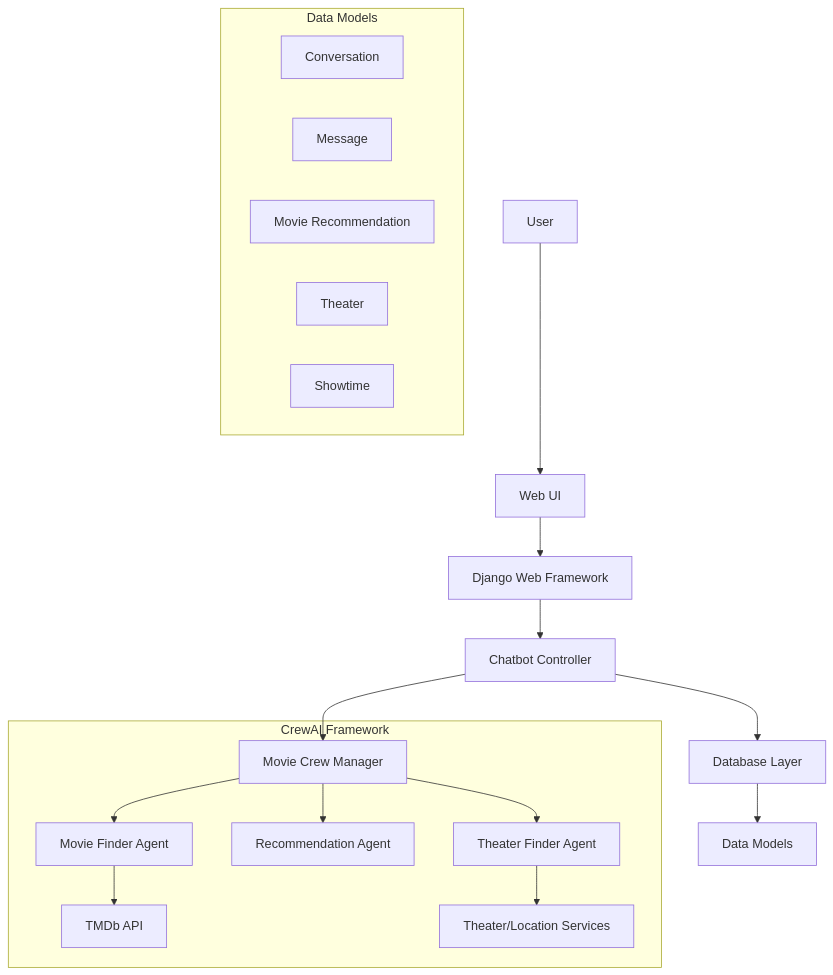
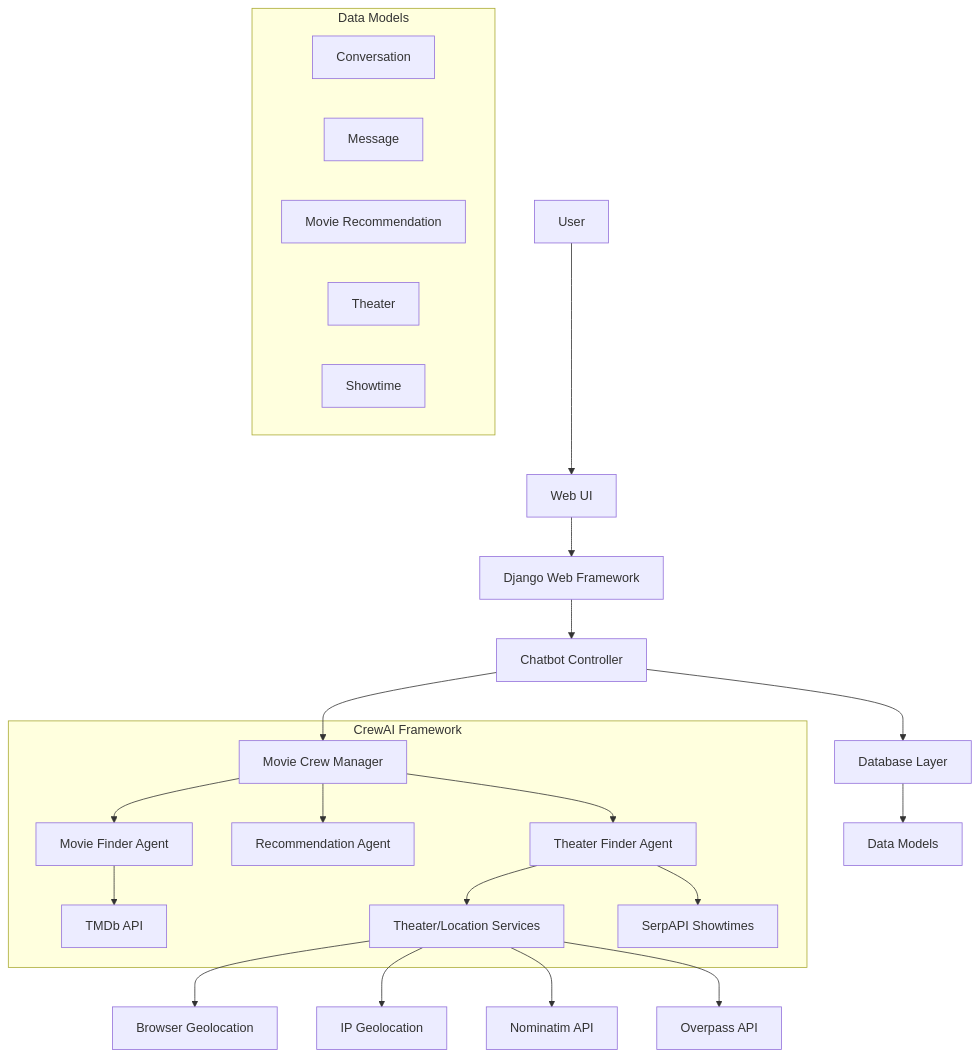
The first of 3 diagrams in py-django-crewai/docs/ARCHITECTURE.md (nkuhn-vmw/tanzu-genai-showcase), drawn with Mermaid before and after one commit. The commit also changed other lines of this file and 10 other files, not shown here.

````diff
--- a/py-django-crewai/docs/ARCHITECTURE.md
+++ b/py-django-crewai/docs/ARCHITECTURE.md
@@ -41,27 +41,33 @@
 ```mermaid
 graph TD
     User[User] --> WebUI[Web UI]
     WebUI --> Django[Django Web Framework]
     Django --> ChatbotController[Chatbot Controller]
     ChatbotController --> MovieCrewManager[Movie Crew Manager]
 
     subgraph CrewAI Framework
         MovieCrewManager --> MovieFinder[Movie Finder Agent]
         MovieCrewManager --> Recommender[Recommendation Agent]
         MovieCrewManager --> TheaterFinder[Theater Finder Agent]
 
         MovieFinder --> TMDb[TMDb API]
         TheaterFinder --> LocationService[Theater/Location Services]
+        TheaterFinder --> SerpAPI[SerpAPI Showtimes]
     end
 
     ChatbotController --> DatabaseLayer[Database Layer]
     DatabaseLayer --> Models[Data Models]
+
+    LocationService --> BrowserGeo[Browser Geolocation]
+    LocationService --> IPGeo[IP Geolocation]
+    LocationService --> Nominatim[Nominatim API]
+    LocationService --> OverpassAPI[Overpass API]
 
     subgraph Data Models
         Conversation[Conversation]
         Message[Message]
         MovieRecommendation[Movie Recommendation]
         Theater[Theater]
         Showtime[Showtime]
     end
 ```
````
